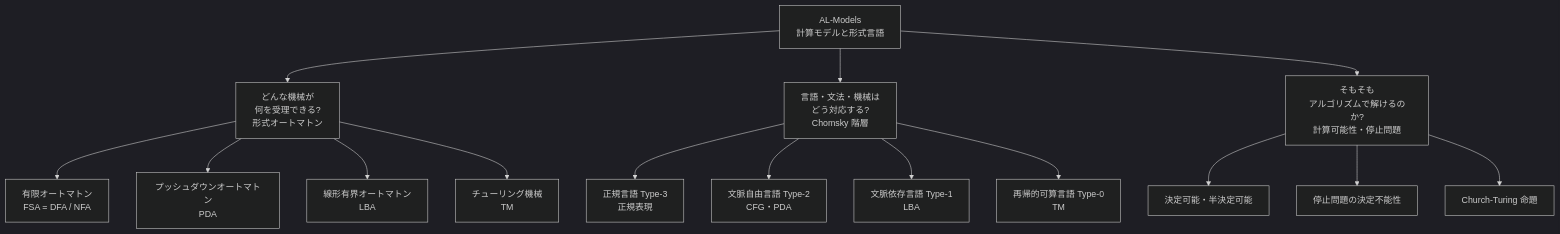
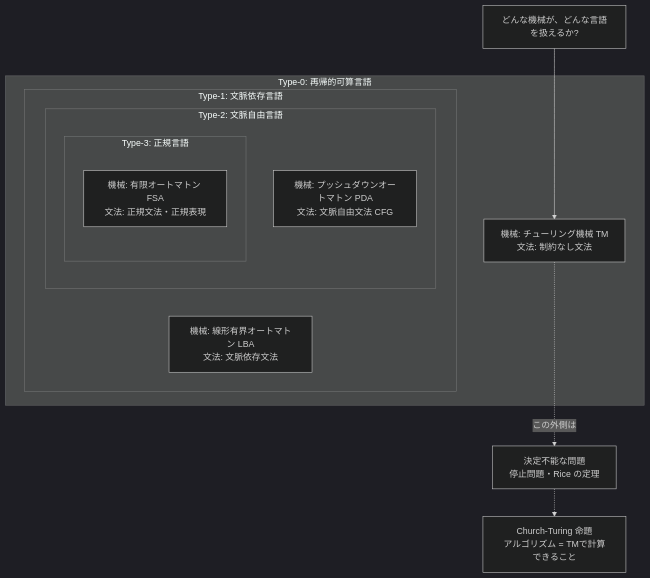
Before and after one commit to miyataka/cszap: the first of 3 diagrams in docs/AL/AL-Models.md, drawn with Mermaid (dark theme). The commit also changed other lines of this file and 28 other files, not shown here.

First line of the commit message:
docs: redesign 全体像 diagrams per unit (29 pages)

````diff
--- a/docs/AL/AL-Models.md
+++ b/docs/AL/AL-Models.md
@@ -15,17 +15,21 @@
 ```mermaid
-graph TD
-  A[AL-Models<br/>計算モデルと形式言語] --> B[どんな機械が<br/>何を受理できる?<br/>形式オートマトン]
-  A --> C[言語・文法・機械は<br/>どう対応する?<br/>Chomsky 階層]
-  A --> D[そもそも<br/>アルゴリズムで解けるのか?<br/>計算可能性・停止問題]
-  B --> B1[有限オートマトン<br/>FSA = DFA / NFA]
-  B --> B2[プッシュダウンオートマトン<br/>PDA]
-  B --> B3[線形有界オートマトン<br/>LBA]
-  B --> B4[チューリング機械<br/>TM]
-  C --> C1[正規言語 Type-3<br/>正規表現]
-  C --> C2[文脈自由言語 Type-2<br/>CFG・PDA]
-  C --> C3[文脈依存言語 Type-1<br/>LBA]
-  C --> C4[再帰的可算言語 Type-0<br/>TM]
-  D --> D1[決定可能・半決定可能]
-  D --> D2[停止問題の決定不能性]
-  D --> D3[Church-Turing 命題]
+flowchart TD
+  Q0["どんな機械が、どんな言語を扱えるか?"]
+
+  subgraph T0["Type-0: 再帰的可算言語"]
+    T0I["機械: チューリング機械 TM<br/>文法: 制約なし文法"]
+    subgraph T1["Type-1: 文脈依存言語"]
+      T1I["機械: 線形有界オートマトン LBA<br/>文法: 文脈依存文法"]
+      subgraph T2["Type-2: 文脈自由言語"]
+        T2I["機械: プッシュダウンオートマトン PDA<br/>文法: 文脈自由文法 CFG"]
+        subgraph T3["Type-3: 正規言語"]
+          T3I["機械: 有限オートマトン FSA<br/>文法: 正規文法・正規表現"]
+        end
+      end
+    end
+  end
+
+  Q0 --> T0I
+  T0I -.->|この外側は| UNDEC["決定不能な問題<br/>停止問題・Rice の定理"]
+  UNDEC -.-> CT["Church-Turing 命題<br/>アルゴリズム = TMで計算できること"]
 ```
````
